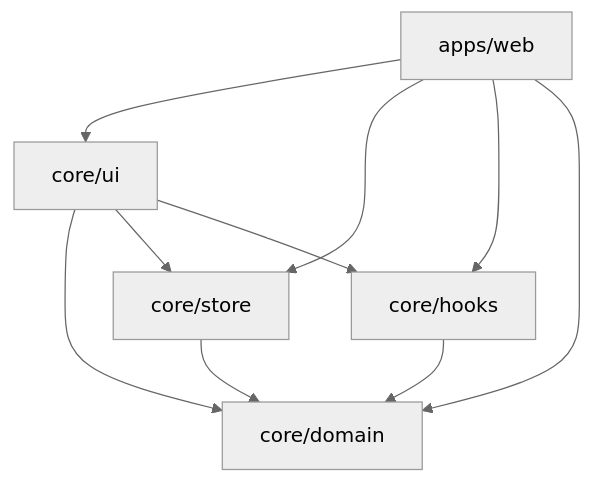
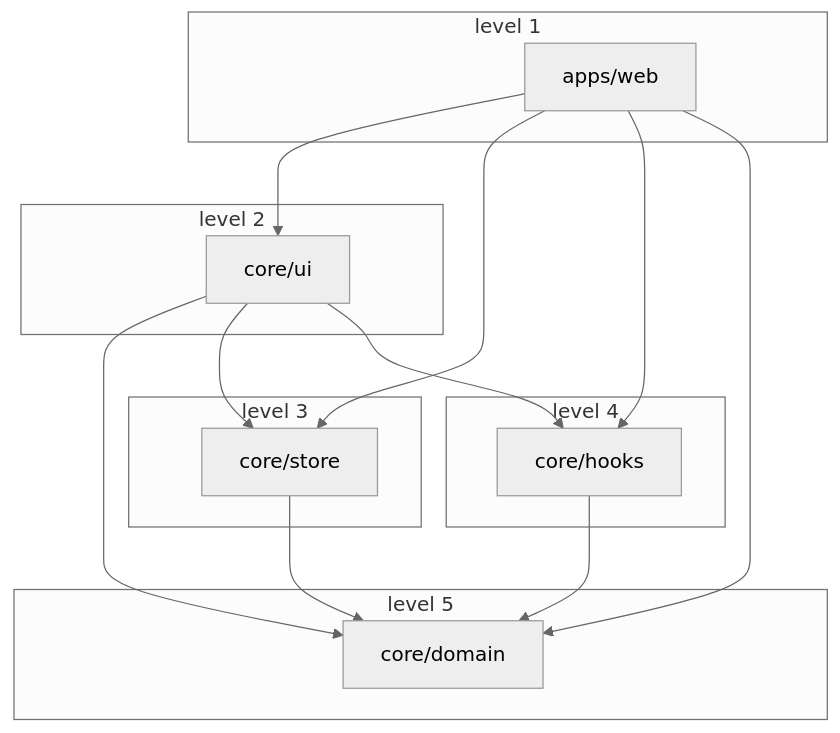
The sixth of 9 diagrams in _posts/Git_Blog/AiTodo/Frontend/2025-06-24-ai_todo_3_f_react_architecture.md (ramyo564/git_blog), drawn with Mermaid (neutral theme) before and after one commit. The commit also changed other lines of this file and 1 other file, not shown here.

````diff
--- a/_posts/Git_Blog/AiTodo/Frontend/2025-06-24-ai_todo_3_f_react_architecture.md
+++ b/_posts/Git_Blog/AiTodo/Frontend/2025-06-24-ai_todo_3_f_react_architecture.md
@@ -287,19 +313,29 @@
 ```mermaid
 graph TD
-  webapp["apps/web"]
-  core_ui["core/ui"]
-  core_store["core/store"]
-  core_hooks["core/hooks"]
-  core_domain["core/domain"]
+	subgraph level 1
+		webapp["apps/web"]
+	end
+	subgraph level 2
+		core_ui["core/ui"]
+	end
+	subgraph level 3
+		core_store["core/store"]
+	end
+	subgraph level 4
+		core_hooks["core/hooks"]
+	end
+	subgraph level 5
+		core_domain["core/domain"]
+	end
 
   webapp --> core_ui
   webapp --> core_store
   webapp --> core_hooks
   webapp --> core_domain
 
   core_ui --> core_domain
   core_ui --> core_store
   core_ui --> core_hooks
   core_store --> core_domain
   core_hooks --> core_domain
 ```
````
